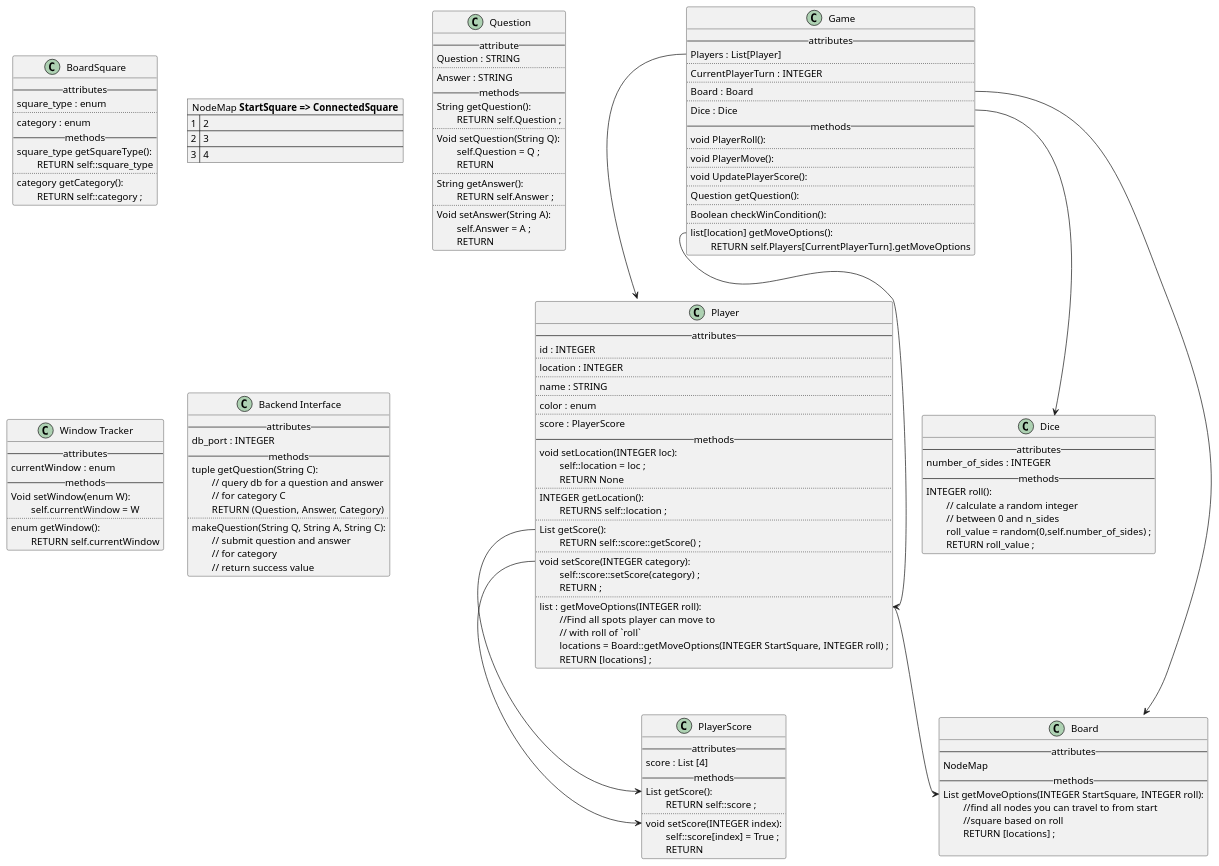
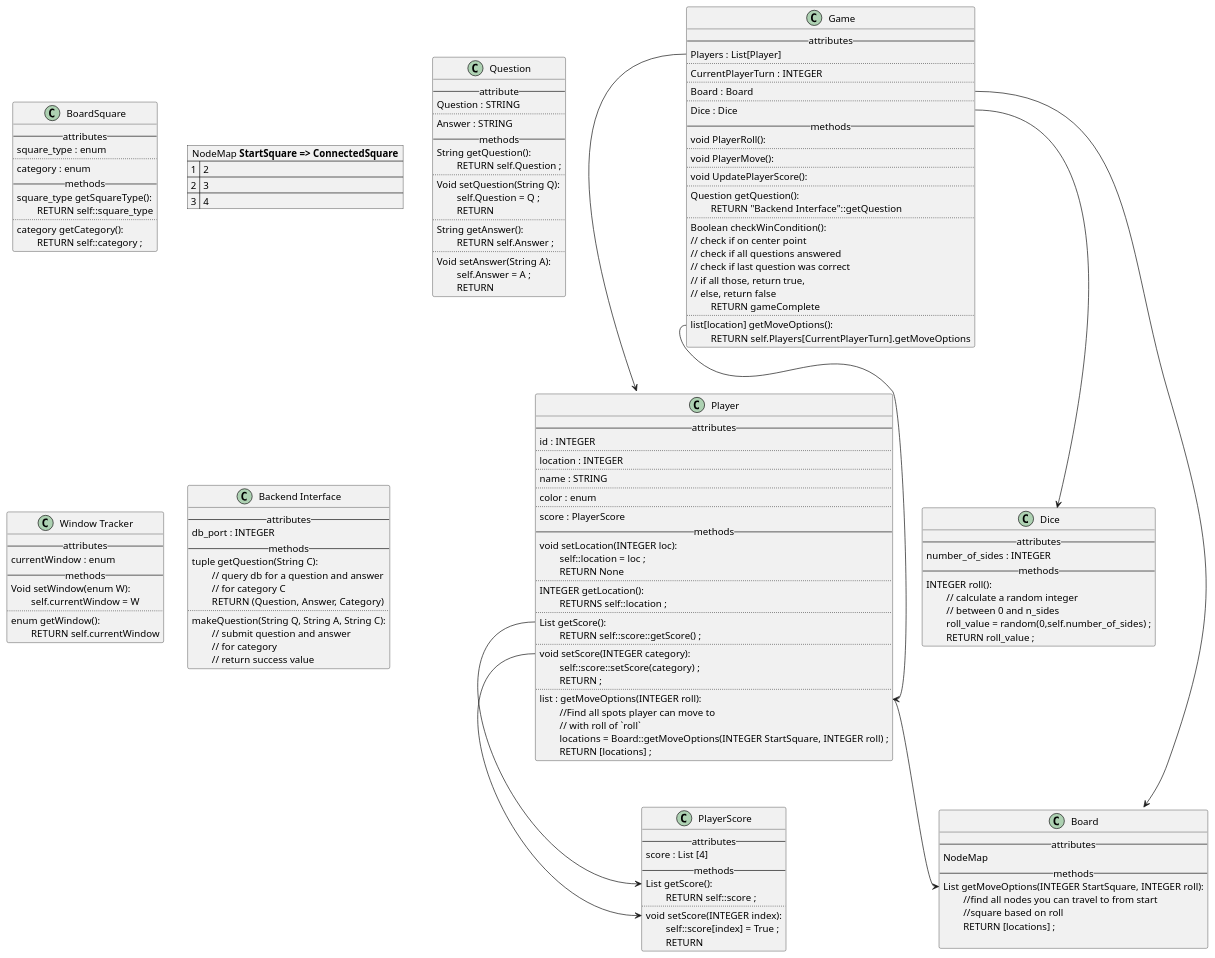
One commit to ttimmer2/TrivialCompute changed the diagram in Class_Diagrams/pseudocode.puml. Above: the diagram before and after it, drawn with PlantUML.

Commit message:
add win condition

```diff
--- a/Class_Diagrams/pseudocode.puml
+++ b/Class_Diagrams/pseudocode.puml
@@ -1,187 +1,194 @@
 @startuml
 ' Class definitions and pseudocode
 class Player {
   --attributes--
   id : INTEGER
   ..
   location : INTEGER
   ..
   name : STRING
   ..
   color : enum
   ..
   score : PlayerScore
   --methods--
   void setLocation(INTEGER loc):
   \tself::location = loc ;
   \tRETURN None
   ..
   INTEGER getLocation():
   \tRETURNS self::location ;
   ..
   List getScore():
   \tRETURN self::score::getScore() ;
   ..
   void setScore(INTEGER category):
   \tself::score::setScore(category) ;
   \tRETURN ;
   ..
   list : getMoveOptions(INTEGER roll):
   \t//Find all spots player can move to
   \t// with roll of `roll`
   \tlocations = Board::getMoveOptions(INTEGER StartSquare, INTEGER roll) ;
   \tRETURN [locations] ;
 }
 
 class PlayerScore{
   --attributes--
   score : List [4]
   --methods--
   List getScore():
   \tRETURN self::score ;
   ..
   void setScore(INTEGER index):
   \tself::score[index] = True ;
   \tRETURN
 }
 
 class Dice{
   --attributes--
   number_of_sides : INTEGER
   --methods--
   INTEGER roll():
   \t// calculate a random integer
   \t// between 0 and n_sides
   \troll_value = random(0,self.number_of_sides) ;
   \tRETURN roll_value ;
 }
 
 class BoardSquare{
   --attributes--
   square_type : enum
   ..
   category : enum
   --methods--
   square_type getSquareType():
   \tRETURN self::square_type
   ..
   category getCategory():
   \tRETURN self::category ;
 }
 
 map "NodeMap **StartSquare => ConnectedSquare**" as NodeMap {
 1 => 2
 2 => 3
 3 => 4
 }
 
 Class Game{
   --attributes--
   Players : List[Player]
   ..
   CurrentPlayerTurn : INTEGER
   ..
   Board : Board
   ..
   Dice : Dice
   --methods--
   void PlayerRoll():
   ..
   void PlayerMove():
   ..
   void UpdatePlayerScore():
   ..
   Question getQuestion():
+  \\tRETURN "Backend Interface"::getQuestion
   ..
   Boolean checkWinCondition():
+  // check if on center point
+  // check if all questions answered
+  // check if last question was correct
+  // if all those, return true,
+  // else, return false
+  \tRETURN gameComplete
   ..
   list[location] getMoveOptions():
   \tRETURN self.Players[CurrentPlayerTurn].getMoveOptions
 }
 
 Class Board{
   --attributes--
   NodeMap
   --methods--
   List getMoveOptions(INTEGER StartSquare, INTEGER roll):
   \t//find all nodes you can travel to from start
   \t//square based on roll
   \tRETURN [locations] ;
 
 }
 
 Class Question{
   --attribute--
   Question : STRING
   ..
   Answer : STRING
   --methods--
   String getQuestion():
   \tRETURN self.Question ;
   ..
   Void setQuestion(String Q):
   \tself.Question = Q ;
   \tRETURN
   ..
   String getAnswer():
   \tRETURN self.Answer ;
   ..
   Void setAnswer(String A):
   \tself.Answer = A ;
   \tRETURN
 }
 
 Class "Window Tracker"{
   --attributes--
   currentWindow : enum
   --methods--
   Void setWindow(enum W):
   \tself.currentWindow = W
   ..
   enum getWindow():
   \tRETURN self.currentWindow
 }
 
 Class "Backend Interface"{
     --attributes--
     db_port : INTEGER
     --methods--
     tuple getQuestion(String C):
     \t// query db for a question and answer
     \t// for category C
     \tRETURN (Question, Answer, Category)
     ..
     makeQuestion(String Q, String A, String C):
     \t// submit question and answer
     \t// for category
     \t// return success value
 }
 
 ' attribute connections
 'Player::location <-- Player::getLocation
 'Player::location <-- Player::setLocation
 Player::getScore --> PlayerScore::getScore
 Player::setScore --> PlayerScore::setScore
 Player::getMoveOptions --> Board::getMoveOptions
 Game::Players --> Player
 Game::Board --> Board
 Game::Dice --> Dice
 Game::getMoveOptions --> Player::getMoveOptions
 
 /'
 
 Class "GUI Interface"{
 
 }
 
     When Given <some precondition>
 
 And <additional preconditions> Optional
 
 When <an action/trigger occurs>
 
 Then <some post condition>
 
 And <additional post conditions> Optional
 '/
 @enduml
```
